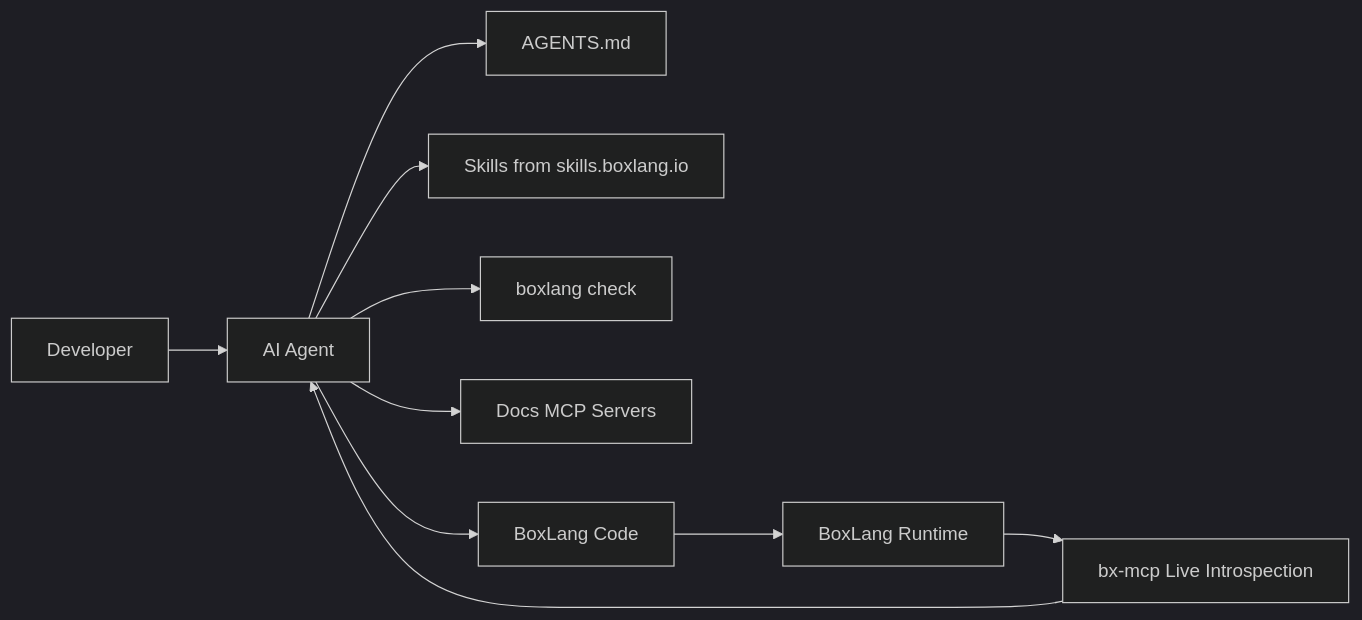
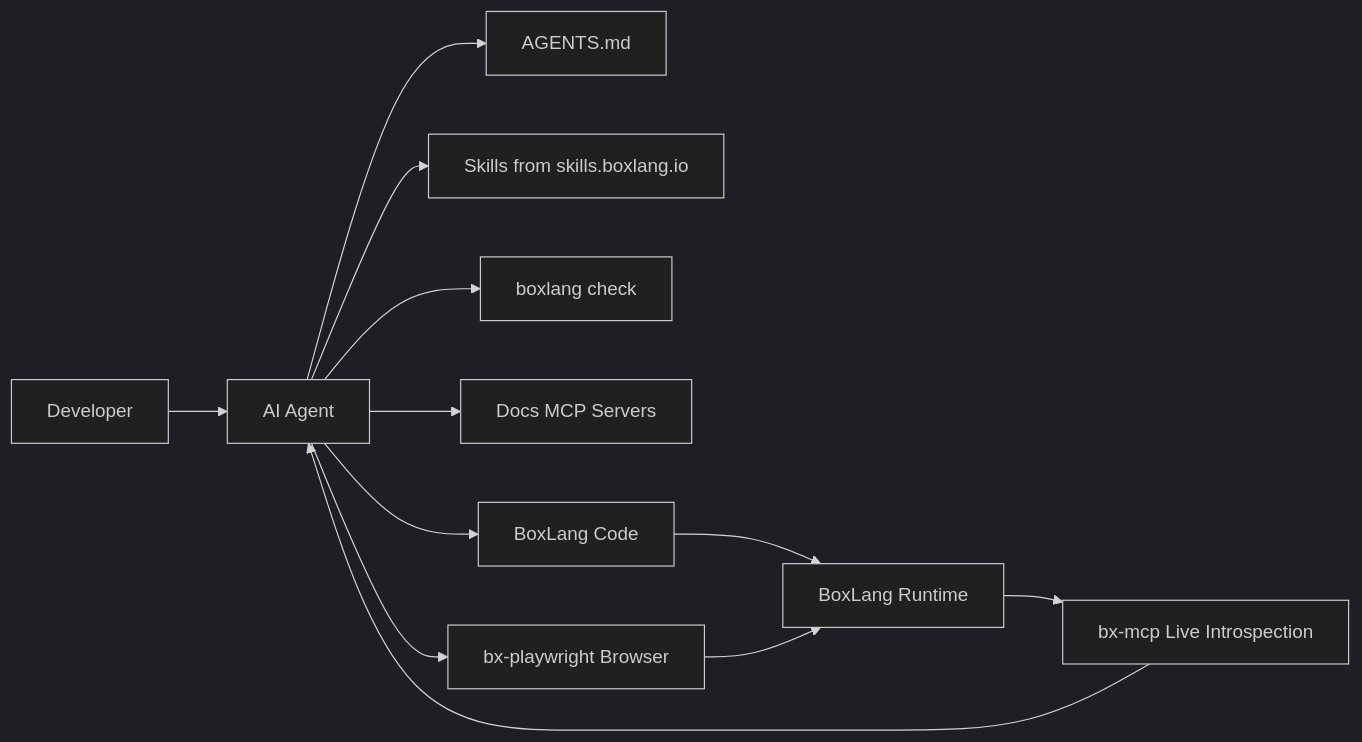
Before and after one commit to ortus-boxlang/boxlang-docs: the diagram in getting-started/agentic-development/README.md, drawn with Mermaid (dark theme). The commit also changed other lines of this file and 6 other files, not shown here.

First line of the commit message:
Add bx-playwright: module page, browser agents, and end-to-end agentic development

````diff
--- a/getting-started/agentic-development/README.md
+++ b/getting-started/agentic-development/README.md
@@ -27,12 +27,14 @@
 ```mermaid
 flowchart LR
     Dev[Developer] --> Agent[AI Agent]
     Agent --> Guide[AGENTS.md]
     Agent --> Skills[Skills from skills.boxlang.io]
     Agent --> Check[boxlang check]
     Agent --> DocsMCP[Docs MCP Servers]
     Agent --> Code[BoxLang Code]
     Code --> Runtime[BoxLang Runtime]
     Runtime --> BxMcp[bx-mcp Live Introspection]
     BxMcp --> Agent
+    Agent --> Browser[bx-playwright Browser]
+    Browser --> Runtime
 ```
````
